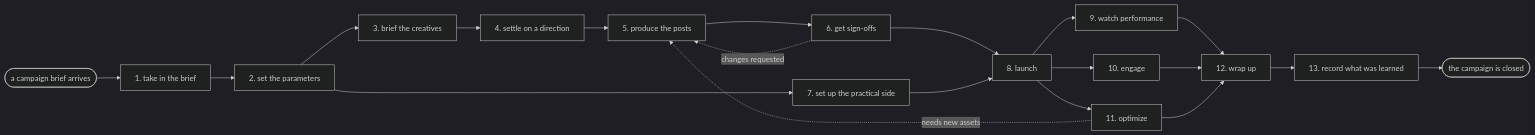
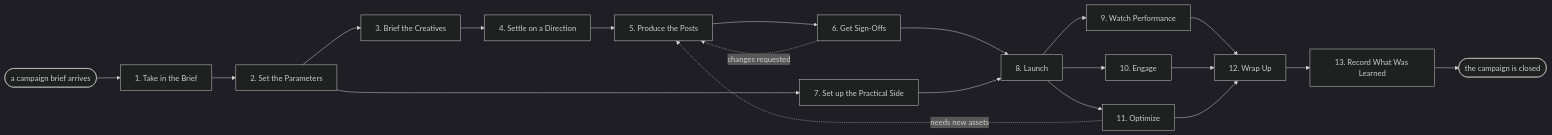
The diagram in processes/marketing/social-campaign.md (jeffrschneider/agentcatalog), drawn with Mermaid (dark theme) before and after one commit. The commit also changed other lines of this file and 146 other files, not shown here.

````diff
--- a/processes/marketing/social-campaign.md
+++ b/processes/marketing/social-campaign.md
@@ -30,22 +30,22 @@
 ```mermaid
 flowchart LR
-  T([a campaign brief arrives]) --> A1[1. take in the brief]
-  A1 --> A2[2. set the parameters]
-  A2 --> A3[3. brief the creatives]
-  A2 --> A7[7. set up the practical side]
-  A3 --> A4[4. settle on a direction]
-  A4 --> A5[5. produce the posts]
-  A5 --> A6[6. get sign-offs]
+  T([a campaign brief arrives]) --> A1[1. Take in the Brief]
+  A1 --> A2[2. Set the Parameters]
+  A2 --> A3[3. Brief the Creatives]
+  A2 --> A7[7. Set up the Practical Side]
+  A3 --> A4[4. Settle on a Direction]
+  A4 --> A5[5. Produce the Posts]
+  A5 --> A6[6. Get Sign-Offs]
   A6 -. changes requested .-> A5
-  A6 --> A8[8. launch]
+  A6 --> A8[8. Launch]
   A7 --> A8
-  A8 --> A9[9. watch performance]
-  A8 --> A10[10. engage]
-  A8 --> A11[11. optimize]
+  A8 --> A9[9. Watch Performance]
+  A8 --> A10[10. Engage]
+  A8 --> A11[11. Optimize]
   A11 -. needs new assets .-> A5
-  A9 --> A12[12. wrap up]
+  A9 --> A12[12. Wrap Up]
   A10 --> A12
   A11 --> A12
-  A12 --> A13[13. record what was learned]
+  A12 --> A13[13. Record What Was Learned]
   A13 --> DONE([the campaign is closed])
 ```
````
